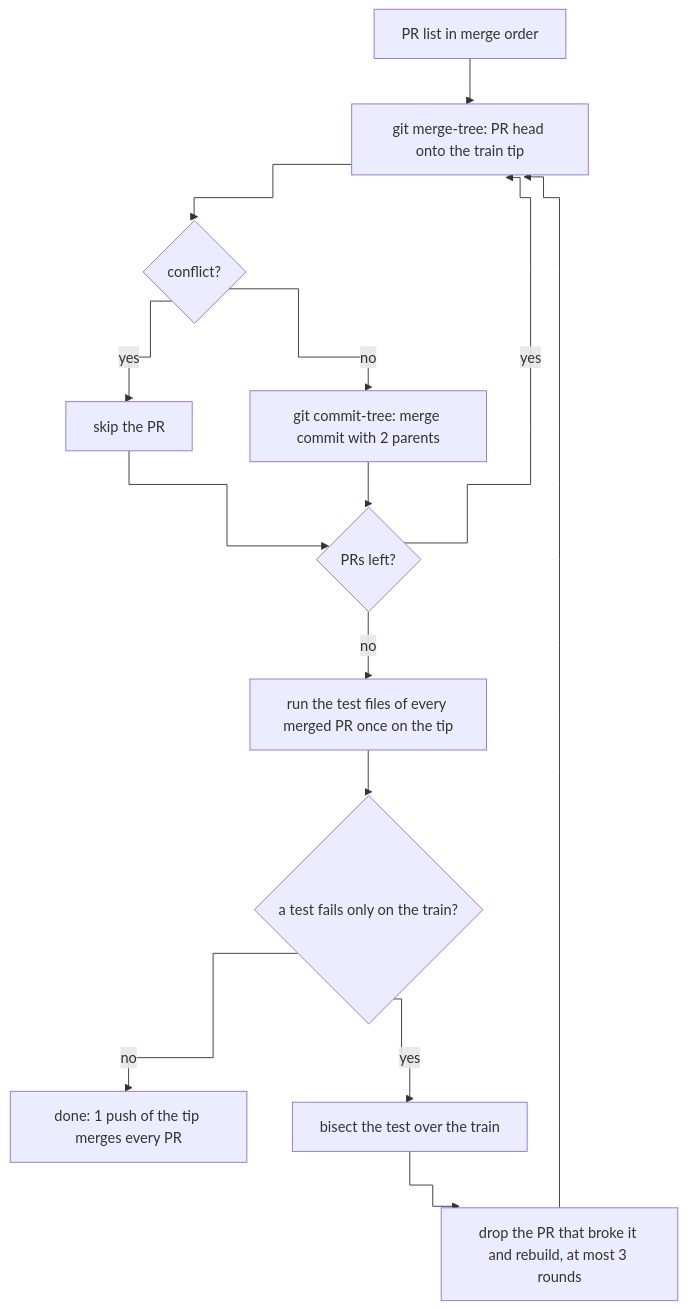
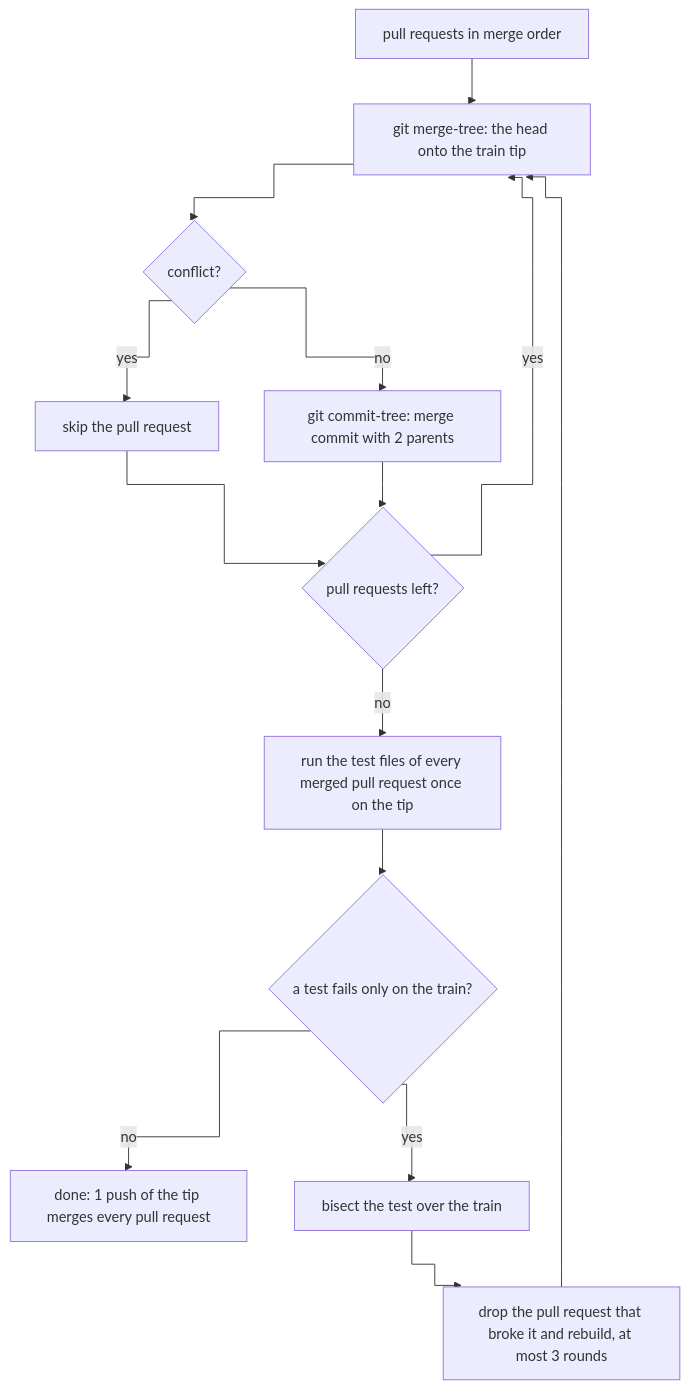
One commit to maciejszulia/pr-sandbox changed the third of 3 diagrams in README.md. Above: the diagram before and after it, drawn with Mermaid. The commit also changed other lines of this file and 6 other files, not shown here.

````diff
--- a/README.md
+++ b/README.md
@@ -134,17 +160,17 @@
 ```mermaid
 %%{init: {"flowchart": {"curve": "step"}}}%%
 flowchart TD
-  A["PR list in merge order"] --> B["git merge-tree: PR head onto the train tip"]
+  A["pull requests in merge order"] --> B["git merge-tree: the head onto the train tip"]
   B --> C{"conflict?"}
-  C -->|yes| D["skip the PR"]
+  C -->|yes| D["skip the pull request"]
   C -->|no| E["git commit-tree: merge commit with 2 parents"]
-  D --> F{"PRs left?"}
+  D --> F{"pull requests left?"}
   E --> F
   F -->|yes| B
-  F -->|no| G["run the test files of every merged PR once on the tip"]
+  F -->|no| G["run the test files of every merged pull request once on the tip"]
   G --> H{"a test fails only on the train?"}
-  H -->|no| I["done: 1 push of the tip merges every PR"]
+  H -->|no| I["done: 1 push of the tip merges every pull request"]
   H -->|yes| J["bisect the test over the train"]
-  J --> K["drop the PR that broke it and rebuild, at most 3 rounds"]
+  J --> K["drop the pull request that broke it and rebuild, at most 3 rounds"]
   K --> B
 ```
````
